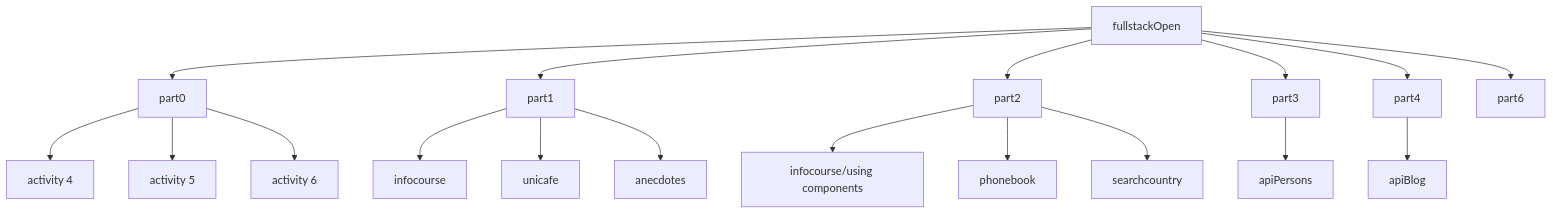
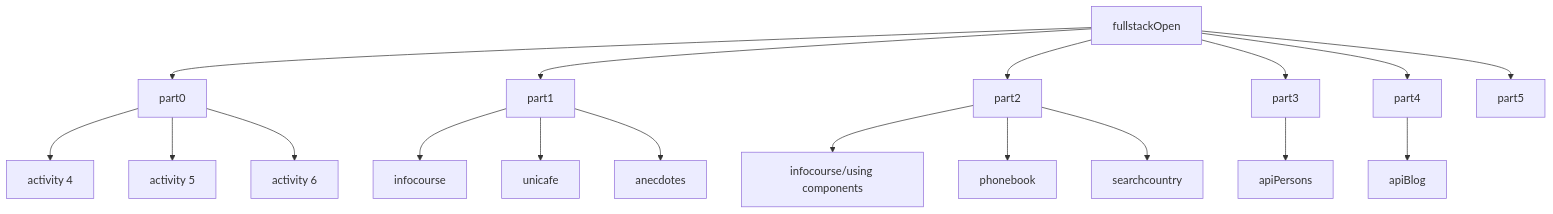
The diagram in README.md (Aushzlten12/fullstackOpen), drawn with Mermaid before and after one commit.

````diff
--- a/README.md
+++ b/README.md
@@ -3,21 +3,21 @@
 ```mermaid
 graph TD
   A[fullstackOpen]
   A --> B[part0]
   A --> C[part1]
   A --> D[part2]
   A --> E[part3]
   A --> F[part4]
-  A --> G[part6]
+  A --> G[part5]
   B --> H[activity 4]
   B --> I[activity 5]
   B --> J[activity 6]
   C --> K[infocourse]
   C --> L[unicafe]
   C --> M[anecdotes]
   D --> N[infocourse/using components]
   D --> O[phonebook]
   D --> P[searchcountry]
   E --> Q[apiPersons]
   F --> R[apiBlog]
 ```
````
